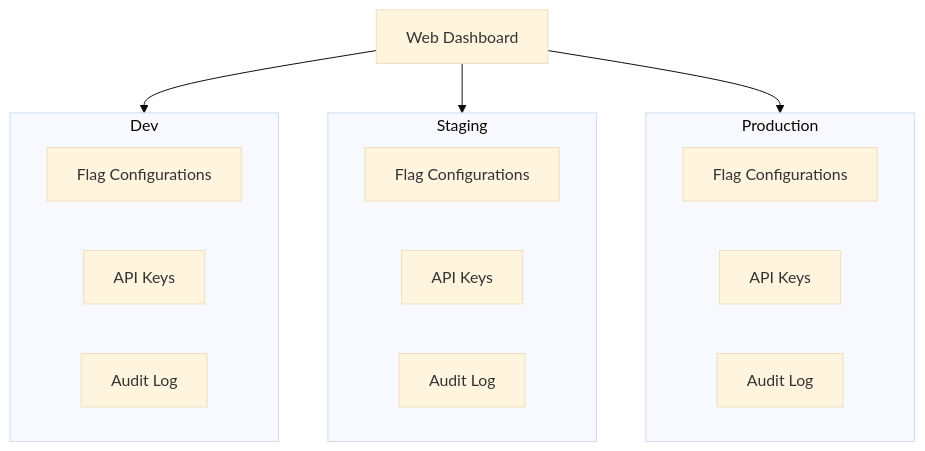
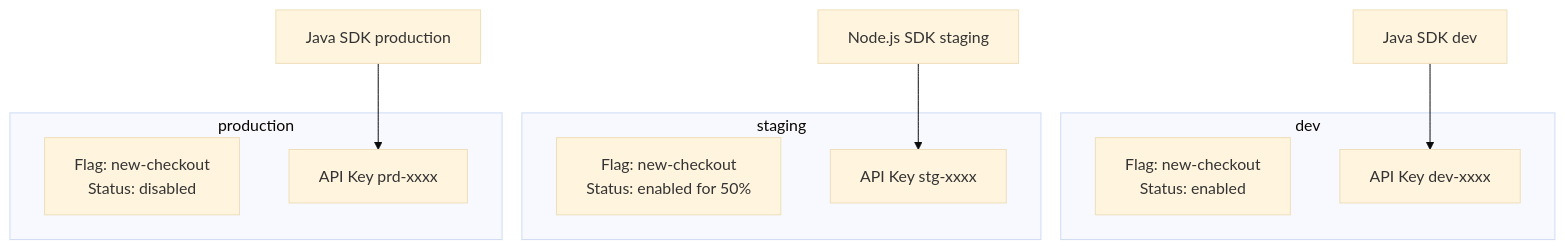
Before and after one commit to edgar-dev20/mozhno: the first of 2 diagrams in docs/en/concepts/environments.md, drawn with Mermaid (base theme). The commit also changed other lines of this file and 22 other files, not shown here.

Commit message:
fix: audit and sync docs with actual API — rest.md rewrite, MurmurHash3→32, config env vars, width +30%

````diff
--- a/docs/en/concepts/environments.md
+++ b/docs/en/concepts/environments.md
@@ -15,22 +7,18 @@
 ```mermaid
 graph TB
-    subgraph Dev
-        DevFlags[Flag Configurations]
-        DevKeys[API Keys]
-        DevAudit[Audit Log]
+    subgraph "dev"
+        F1[Flag: new-checkout<br/>Status: enabled]
+        K1[API Key dev-xxxx]
     end
-    subgraph Staging
-        StgFlags[Flag Configurations]
-        StgKeys[API Keys]
-        StgAudit[Audit Log]
+    subgraph "staging"
+        F2[Flag: new-checkout<br/>Status: enabled for 50%]
+        K2[API Key stg-xxxx]
     end
-    subgraph Production
-        PrdFlags[Flag Configurations]
-        PrdKeys[API Keys]
-        PrdAudit[Audit Log]
+    subgraph "production"
+        F3[Flag: new-checkout<br/>Status: disabled]
+        K3[API Key prd-xxxx]
     end
-
-    Dashboard[Web Dashboard] --> Dev
-    Dashboard --> Staging
-    Dashboard --> Production
+    SDK1[Java SDK dev] --> K1
+    SDK2[Node.js SDK staging] --> K2
+    SDK3[Java SDK production] --> K3
 ```
````
